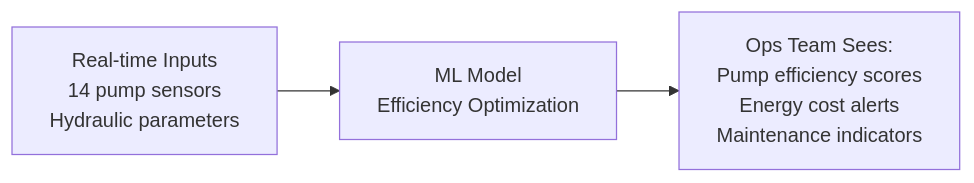
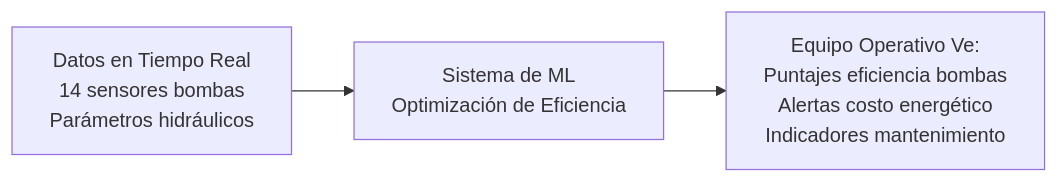
The seventh of 13 diagrams in PAE_Report.md (wonder-dmercadal/PublicReports), drawn with Mermaid before and after one commit. The commit also changed other lines of this file, not shown here.

````diff
--- a/PAE_Report.md
+++ b/PAE_Report.md
@@ -95,5 +95,5 @@
 ```mermaid
 graph LR
-    A[Real-time Inputs<br/>14 pump sensors<br/>Hydraulic parameters] --> B[ML Model<br/>Efficiency Optimization]
-    B --> C[Ops Team Sees:<br/>Pump efficiency scores<br/>Energy cost alerts<br/>Maintenance indicators]
+    A[Datos en Tiempo Real<br/>14 sensores bombas<br/>Parámetros hidráulicos] --> B[Sistema de ML<br/>Optimización de Eficiencia]
+    B --> C[Equipo Operativo Ve:<br/>Puntajes eficiencia bombas<br/>Alertas costo energético<br/>Indicadores mantenimiento]
 ```
````
